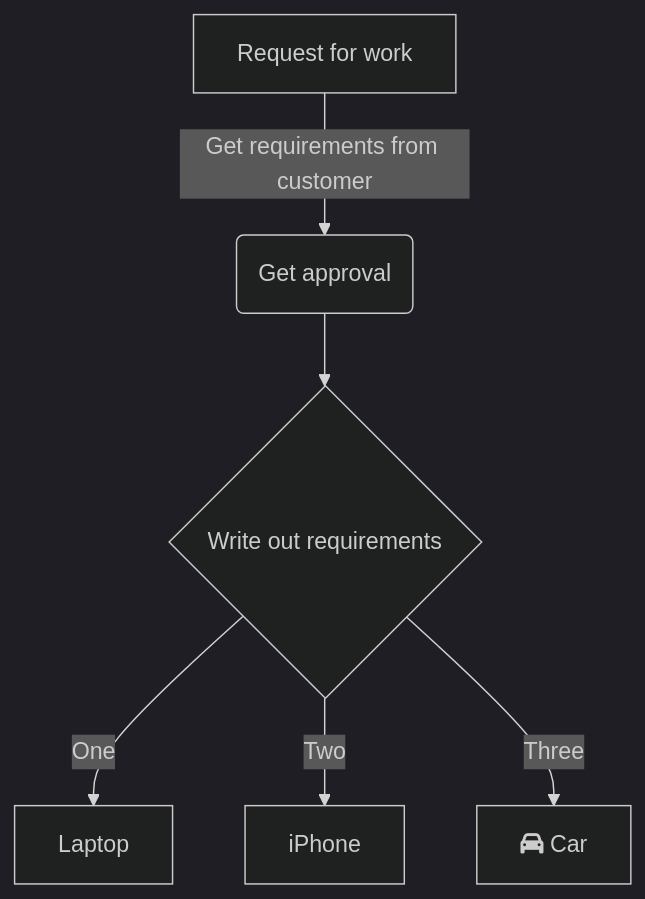
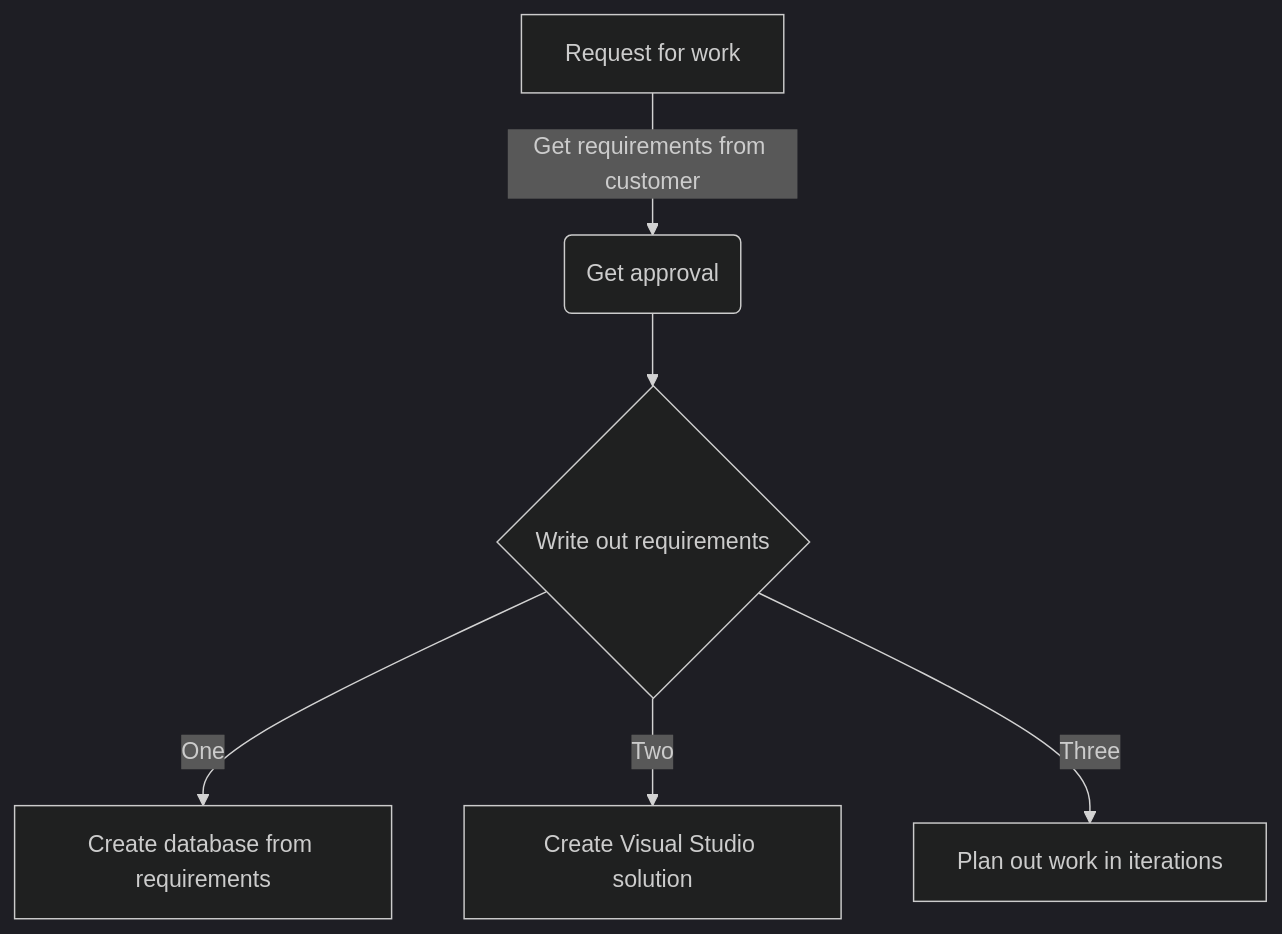
One commit to karenpayneoregon/teaching-simple-validation changed the diagram in readme.md. Above: the diagram before and after it, drawn with Mermaid (dark theme).

````diff
--- a/readme.md
+++ b/readme.md
@@ -18,8 +18,8 @@
 ```mermaid
 graph TD
     A[Request for work] -->|Get requirements from customer| B(Get approval)
     B --> C{Write out requirements}
-    C -->|One| D[Laptop]
-    C -->|Two| E[iPhone]
-    C -->|Three| F[fa:fa-car Car]
+    C -->|One| D[Create database from requirements]
+    C -->|Two| E[Create Visual Studio solution]
+    C -->|Three| F[Plan out work in iterations]
 ```
````
